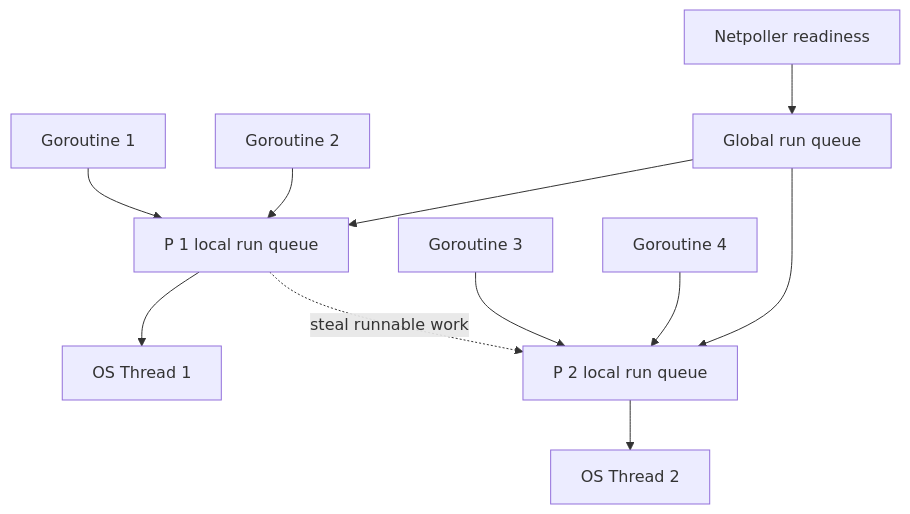
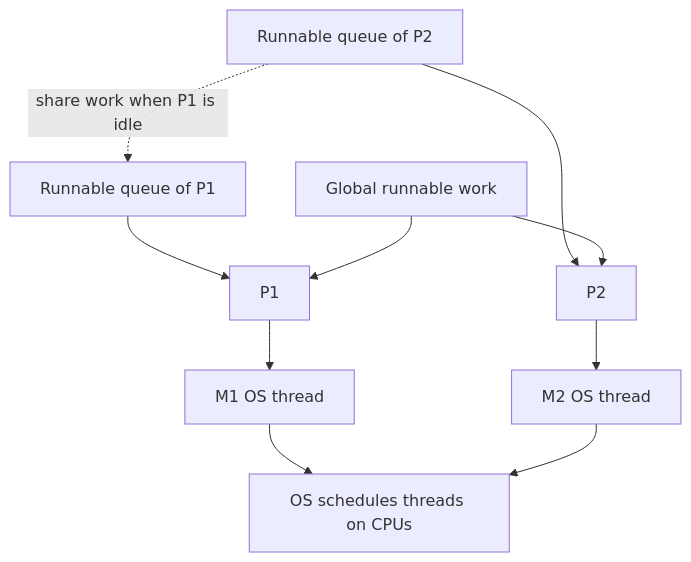
One commit to HuyNguyen-FinX/Try_Hard changed the first of 2 diagrams in golang/03-goroutines-scheduler/scheduler-gmp.md. Above: the diagram before and after it, drawn with Mermaid. The commit also changed other lines of this file and 241 other files, not shown here.

````diff
--- a/golang/03-goroutines-scheduler/scheduler-gmp.md
+++ b/golang/03-goroutines-scheduler/scheduler-gmp.md
@@ -13,13 +23,12 @@
 ```mermaid
 flowchart TD
-    G1[Goroutine 1] --> P1[P 1 local run queue]
-    G2[Goroutine 2] --> P1
-    G3[Goroutine 3] --> P2[P 2 local run queue]
-    G4[Goroutine 4] --> P2
-    P1 --> M1[OS Thread 1]
-    P2 --> M2[OS Thread 2]
-    Q[Global run queue] --> P1
+    L1[Runnable queue of P1] --> P1[P1]
+    L2[Runnable queue of P2] --> P2[P2]
+    Q[Global runnable work] --> P1
     Q --> P2
-    P1 -. steal runnable work .-> P2
-    N[Netpoller readiness] --> Q
+    P1 --> M1[M1 OS thread]
+    P2 --> M2[M2 OS thread]
+    M1 --> CPU[OS schedules threads on CPUs]
+    M2 --> CPU
+    L2 -. share work when P1 is idle .-> L1
 ```
````
